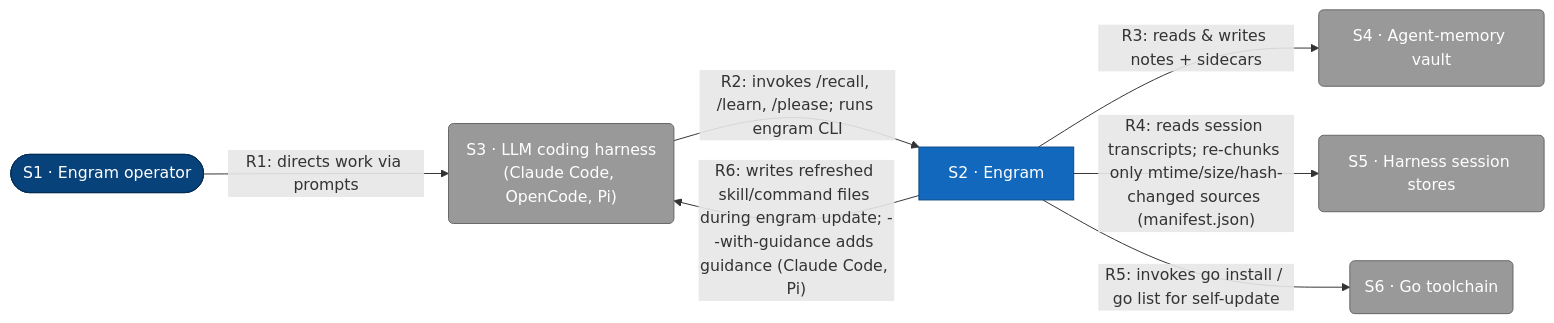
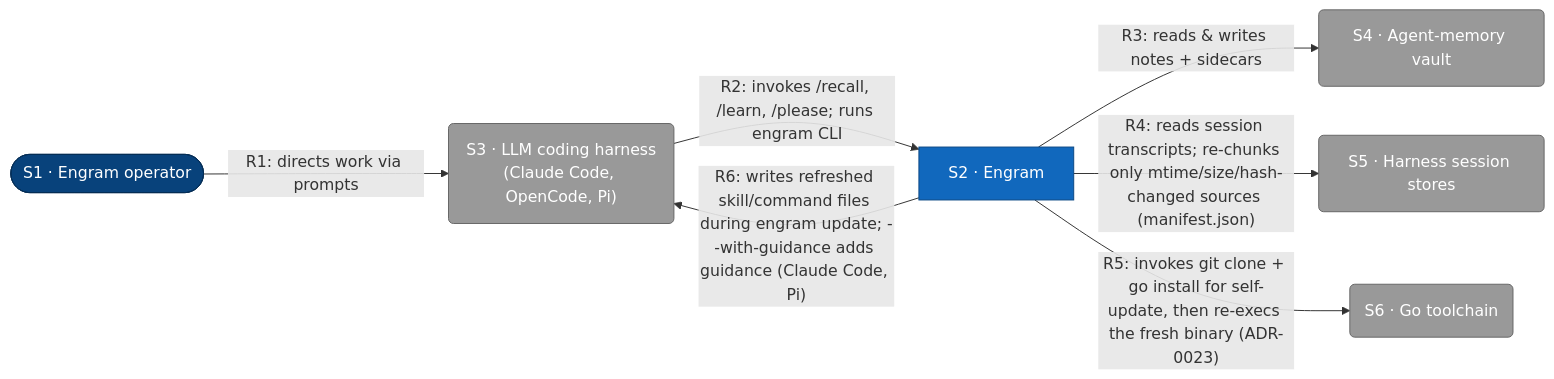
One commit to toejough/engram changed the first of 8 diagrams in docs/architecture/c1-system-context.md. Above: the diagram before and after it, drawn with Mermaid. The commit also changed other lines of this file and 23 other files, not shown here.

````diff
--- a/docs/architecture/c1-system-context.md
+++ b/docs/architecture/c1-system-context.md
@@ -9,31 +9,31 @@
 ```mermaid
 flowchart LR
     classDef person      fill:#08427b,stroke:#052e56,color:#fff
     classDef external    fill:#999,   stroke:#666,   color:#fff
     classDef container   fill:#1168bd,stroke:#0b4884,color:#fff
 
     user([S1 · Engram operator])
     engram[S2 · Engram]
     harness("S3 · LLM coding harness<br/>(Claude Code, OpenCode, Pi)")
     vault(S4 · Agent-memory vault)
     sessions(S5 · Harness session stores)
     gotool(S6 · Go toolchain)
 
     user -->|"R1: directs work via prompts"| harness
     harness -->|"R2: invokes /recall, /learn, /please; runs engram CLI"| engram
     engram -->|"R3: reads & writes notes + sidecars"| vault
     engram -->|"R4: reads session transcripts; re-chunks only mtime/size/hash-changed sources (manifest.json)"| sessions
-    engram -->|"R5: invokes go install / go list for self-update"| gotool
+    engram -->|"R5: invokes git clone + go install for self-update, then re-execs the fresh binary (ADR-0023)"| gotool
     engram -->|"R6: writes refreshed skill/command files during engram update; --with-guidance adds guidance (Claude Code, Pi)"| harness
 
     class user person
     class harness,vault,sessions,gotool external
     class engram container
 
     click user href "#s1-engram-operator"
     click engram href "#s2-engram"
     click harness href "#s3-llm-coding-harness"
     click vault href "#s4-agent-memory-vault"
     click sessions href "#s5-harness-session-stores"
     click gotool href "#s6-go-toolchain"
 ```
````
